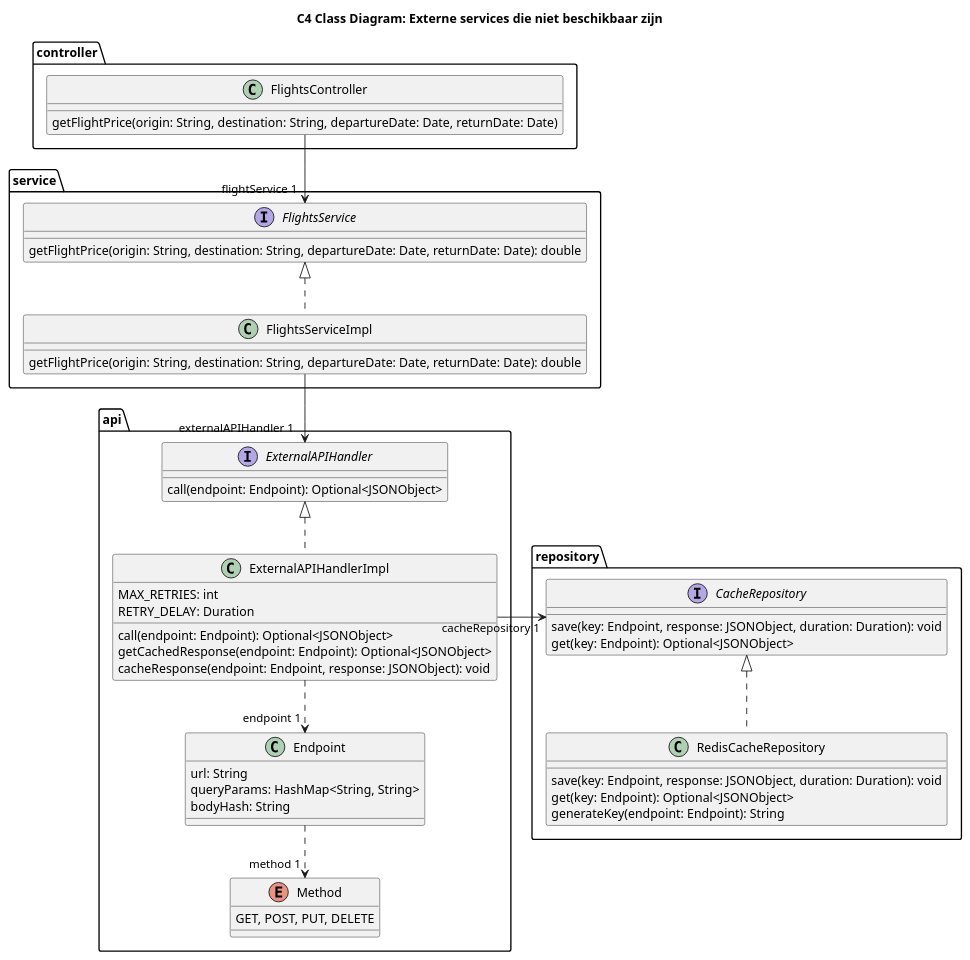
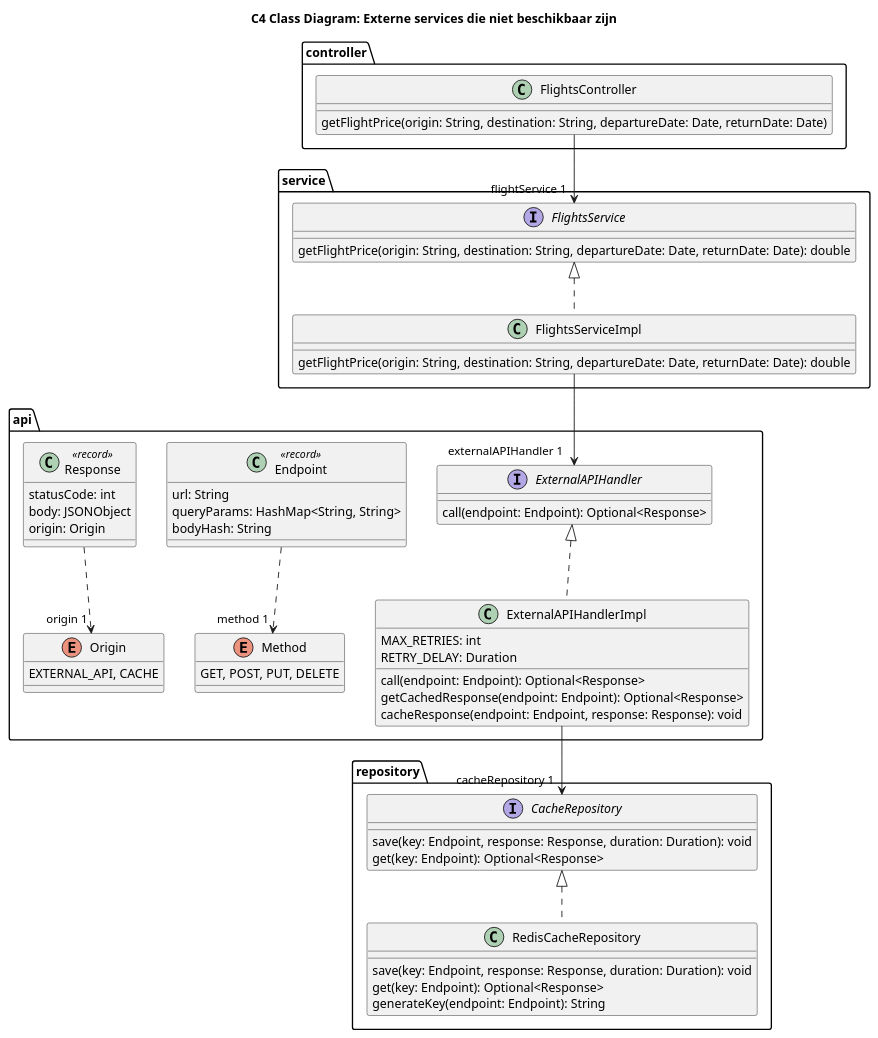
The diagram in software-guidebook/sgb-bestanden/ontwerpvragen/Fault Tolerance - class diagram.puml (AIM-ENE-feb25/triptop-groep-4-jochem-roald-stijn-a), drawn with PlantUML before and after one commit. The commit also changed 2 other files, not shown here.

Commit message:
origin van response toegevoegd

```diff
--- a/software-guidebook/sgb-bestanden/ontwerpvragen/Fault Tolerance - class diagram.puml
+++ b/software-guidebook/sgb-bestanden/ontwerpvragen/Fault Tolerance - class diagram.puml
@@ -1,71 +1,81 @@
 @startuml
 title C4 Class Diagram: Externe services die niet beschikbaar zijn
 
 'hide circle
 'skinparam linetype ortho
 
 top to bottom direction
 
 package "controller" {
     class FlightsController {
         getFlightPrice(origin: String, destination: String, departureDate: Date, returnDate: Date)
     }
 }
 
 package "service" {
     interface FlightsService {
         getFlightPrice(origin: String, destination: String, departureDate: Date, returnDate: Date): double
     }
 
     class FlightsServiceImpl {
         getFlightPrice(origin: String, destination: String, departureDate: Date, returnDate: Date): double
     }
 }
 
 package "api" {
     interface ExternalAPIHandler {
-        call(endpoint: Endpoint): Optional<JSONObject>
+        call(endpoint: Endpoint): Optional<Response>
     }
 
     class ExternalAPIHandlerImpl {
         MAX_RETRIES: int
         RETRY_DELAY: Duration
-        call(endpoint: Endpoint): Optional<JSONObject>
-        getCachedResponse(endpoint: Endpoint): Optional<JSONObject>
-        cacheResponse(endpoint: Endpoint, response: JSONObject): void
+        call(endpoint: Endpoint): Optional<Response>
+        getCachedResponse(endpoint: Endpoint): Optional<Response>
+        cacheResponse(endpoint: Endpoint, response: Response): void
     }
 
-    class Endpoint {
+    class Endpoint <<record>> {
         url: String
         queryParams: HashMap<String, String>
         bodyHash: String
     }
 
     enum Method {
         GET, POST, PUT, DELETE
     }
+
+    class Response <<record>> {
+        statusCode: int
+        body: JSONObject
+        origin: Origin
+    }
+
+    enum Origin {
+        EXTERNAL_API, CACHE
+    }
 }
 
 package "repository" {
     interface CacheRepository {
-        save(key: Endpoint, response: JSONObject, duration: Duration): void
-        get(key: Endpoint): Optional<JSONObject>
+        save(key: Endpoint, response: Response, duration: Duration): void
+        get(key: Endpoint): Optional<Response>
     }
 
     class RedisCacheRepository {
-        save(key: Endpoint, response: JSONObject, duration: Duration): void
-        get(key: Endpoint): Optional<JSONObject>
+        save(key: Endpoint, response: Response, duration: Duration): void
+        get(key: Endpoint): Optional<Response>
         generateKey(endpoint: Endpoint): String
     }
 }
 
 FlightsController --> "flightService 1" FlightsService
 FlightsServiceImpl .u.|> FlightsService
 FlightsServiceImpl --> "externalAPIHandler 1" ExternalAPIHandler
 ExternalAPIHandlerImpl .u.|> ExternalAPIHandler
-ExternalAPIHandlerImpl -r-> "cacheRepository 1" CacheRepository
+ExternalAPIHandlerImpl --> "cacheRepository 1" CacheRepository
 RedisCacheRepository .u.|> CacheRepository
-ExternalAPIHandlerImpl ..> "endpoint 1" Endpoint
 Endpoint ..> "method 1" Method
+Response ..> "origin 1" Origin
 
 @enduml
```
